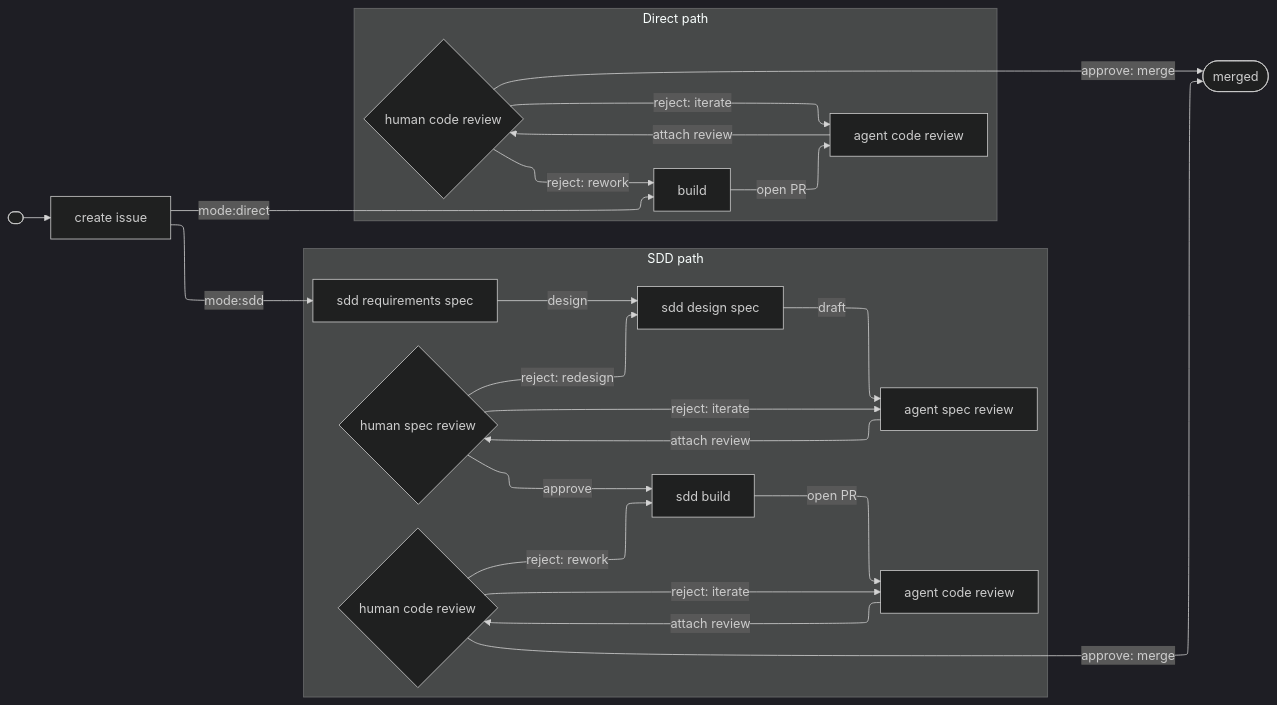
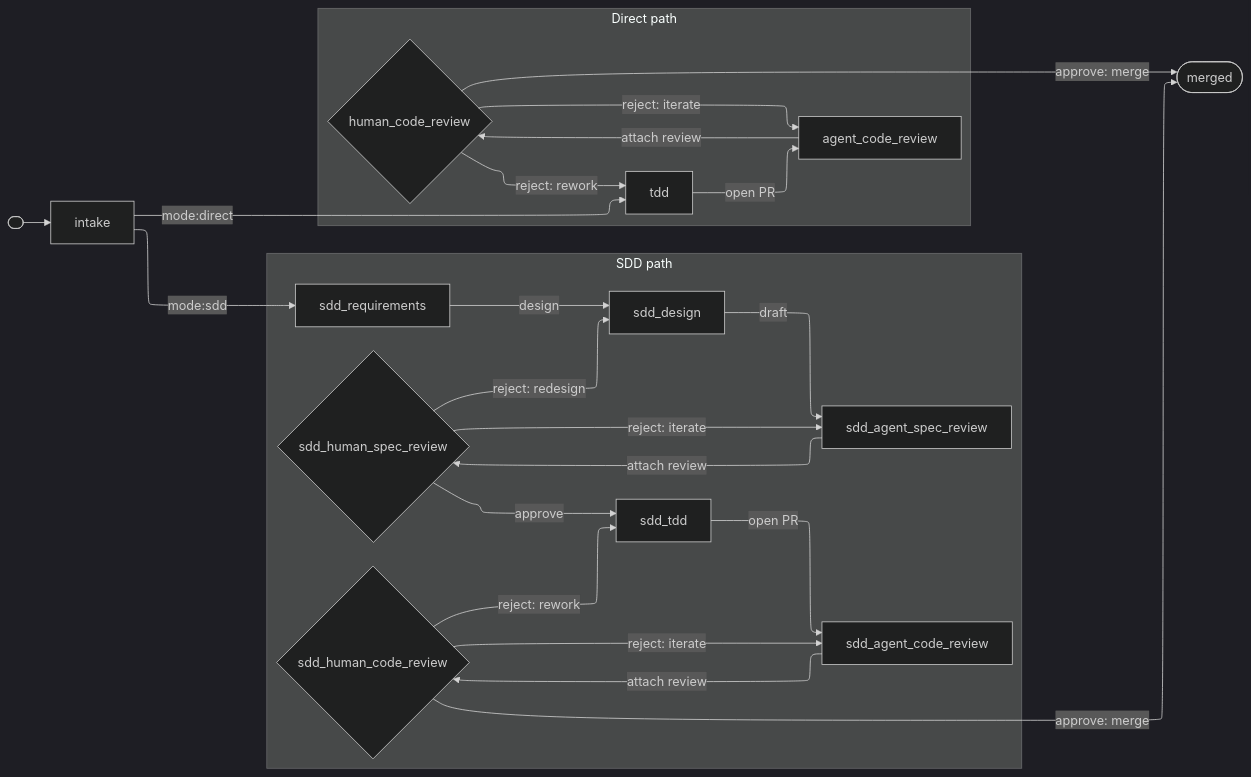
Before and after one commit to GeoffNordling/dev-playbook: the diagram in workflow/workflow.md, drawn with Mermaid (dark theme). The commit also changed other lines of this file, not shown here.

````diff
--- a/workflow/workflow.md
+++ b/workflow/workflow.md
@@ -45,30 +47,30 @@
 ```mermaid
 %%{init: {'flowchart': {'defaultRenderer': 'elk'}}}%%
 flowchart LR
-    start([ ]) --> create_issue[create issue]
-    create_issue -->|mode:sdd| sdd_requirements[sdd requirements spec]
-    create_issue -->|mode:direct| build[build]
+    start([ ]) --> intake[intake]
+    intake -->|mode:sdd| sdd_requirements[sdd_requirements]
+    intake -->|mode:direct| tdd[tdd]
 
     subgraph sdd[SDD path]
-        sdd_requirements -->|design| sdd_design[sdd design spec]
-        sdd_design -->|draft| sdd_agent_spec[agent spec review]
-        sdd_agent_spec -->|attach review| sdd_human_spec{human spec review}
-        sdd_human_spec -->|reject: iterate| sdd_agent_spec
-        sdd_human_spec -->|reject: redesign| sdd_design
-        sdd_human_spec -->|approve| sdd_build[sdd build]
-        sdd_build -->|open PR| sdd_agent_code[agent code review]
-        sdd_agent_code -->|attach review| sdd_human_code{human code review}
-        sdd_human_code -->|reject: iterate| sdd_agent_code
-        sdd_human_code -->|reject: rework| sdd_build
+        sdd_requirements -->|design| sdd_design[sdd_design]
+        sdd_design -->|draft| sdd_agent_spec_review[sdd_agent_spec_review]
+        sdd_agent_spec_review -->|attach review| sdd_human_spec_review{sdd_human_spec_review}
+        sdd_human_spec_review -->|reject: iterate| sdd_agent_spec_review
+        sdd_human_spec_review -->|reject: redesign| sdd_design
+        sdd_human_spec_review -->|approve| sdd_tdd[sdd_tdd]
+        sdd_tdd -->|open PR| sdd_agent_code_review[sdd_agent_code_review]
+        sdd_agent_code_review -->|attach review| sdd_human_code_review{sdd_human_code_review}
+        sdd_human_code_review -->|reject: iterate| sdd_agent_code_review
+        sdd_human_code_review -->|reject: rework| sdd_tdd
     end
 
     subgraph direct[Direct path]
-        build -->|open PR| agent_code[agent code review]
-        agent_code -->|attach review| human_code{human code review}
-        human_code -->|reject: iterate| agent_code
-        human_code -->|reject: rework| build
+        tdd -->|open PR| agent_code_review[agent_code_review]
+        agent_code_review -->|attach review| human_code_review{human_code_review}
+        human_code_review -->|reject: iterate| agent_code_review
+        human_code_review -->|reject: rework| tdd
     end
 
-    sdd_human_code -->|approve: merge| done([merged])
-    human_code -->|approve: merge| done
+    sdd_human_code_review -->|approve: merge| done([merged])
+    human_code_review -->|approve: merge| done
 ```
````
